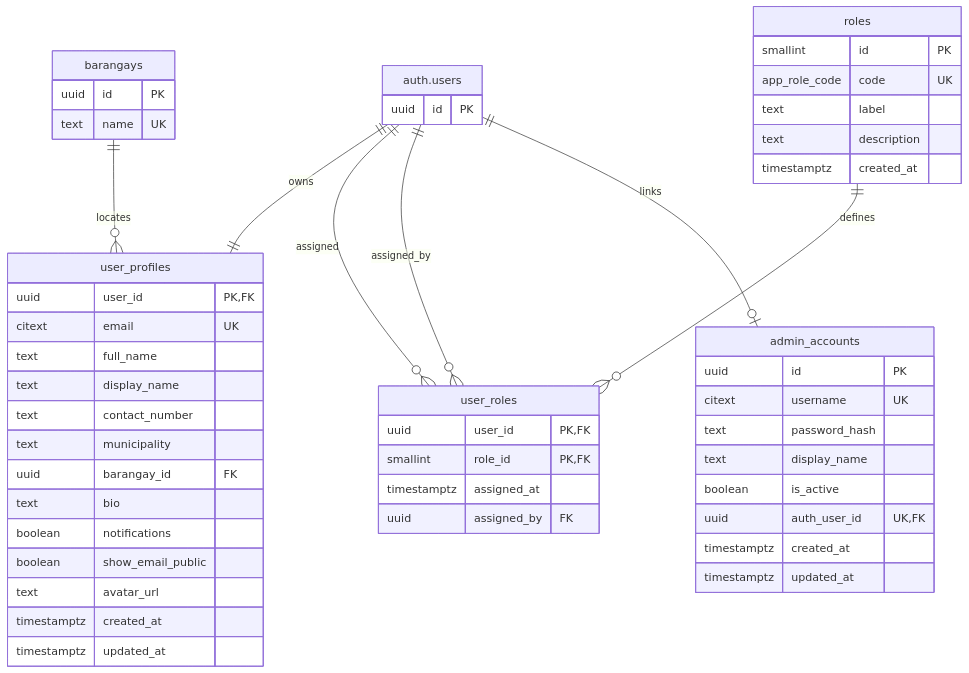
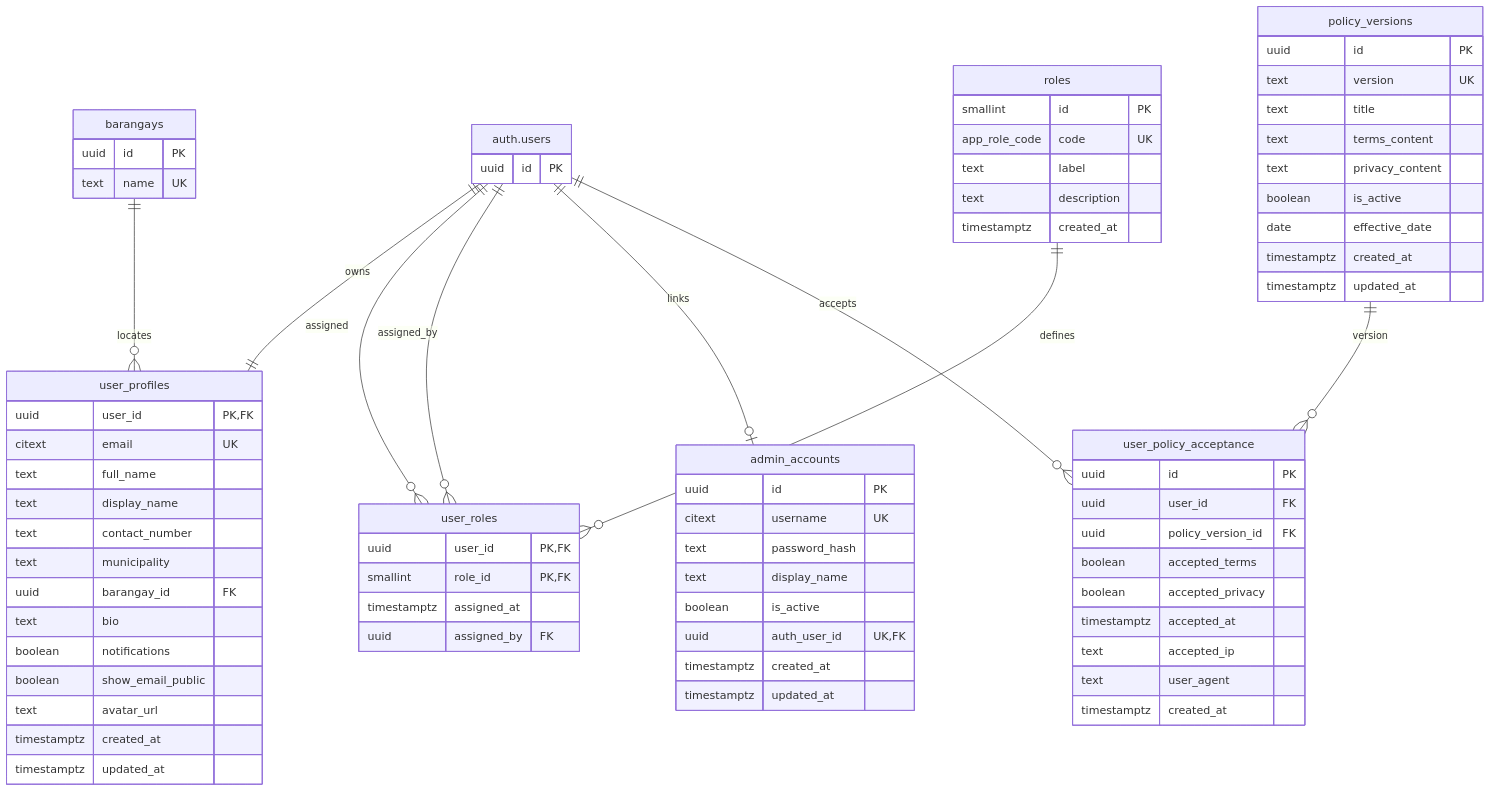
Before and after one commit to txiaoqt/lydo-connect-org-focused: the second of 9 diagrams in Methodology/3.2.4-Database-Schema.md, drawn with Mermaid. The commit also changed other lines of this file and 24 other files, not shown here.

```diff
--- a/Methodology/3.2.4-Database-Schema.md
+++ b/Methodology/3.2.4-Database-Schema.md
@@ -327,6 +387,8 @@
     roles ||--o{ user_roles : defines
     auth.users ||--o| admin_accounts : links
     barangays ||--o{ user_profiles : locates
+    auth.users ||--o{ user_policy_acceptance : accepts
+    policy_versions ||--o{ user_policy_acceptance : version
 
     auth.users {
       uuid id PK
@@ -374,6 +436,30 @@
       timestamptz updated_at
     }
 
+    policy_versions {
+      uuid id PK
+      text version UK
+      text title
+      text terms_content
+      text privacy_content
+      boolean is_active
+      date effective_date
+      timestamptz created_at
+      timestamptz updated_at
+    }
+
+    user_policy_acceptance {
+      uuid id PK
+      uuid user_id FK
+      uuid policy_version_id FK
+      boolean accepted_terms
+      boolean accepted_privacy
+      timestamptz accepted_at
+      text accepted_ip
+      text user_agent
+      timestamptz created_at
+    }
+
     barangays {
       uuid id PK
       text name UK
```
